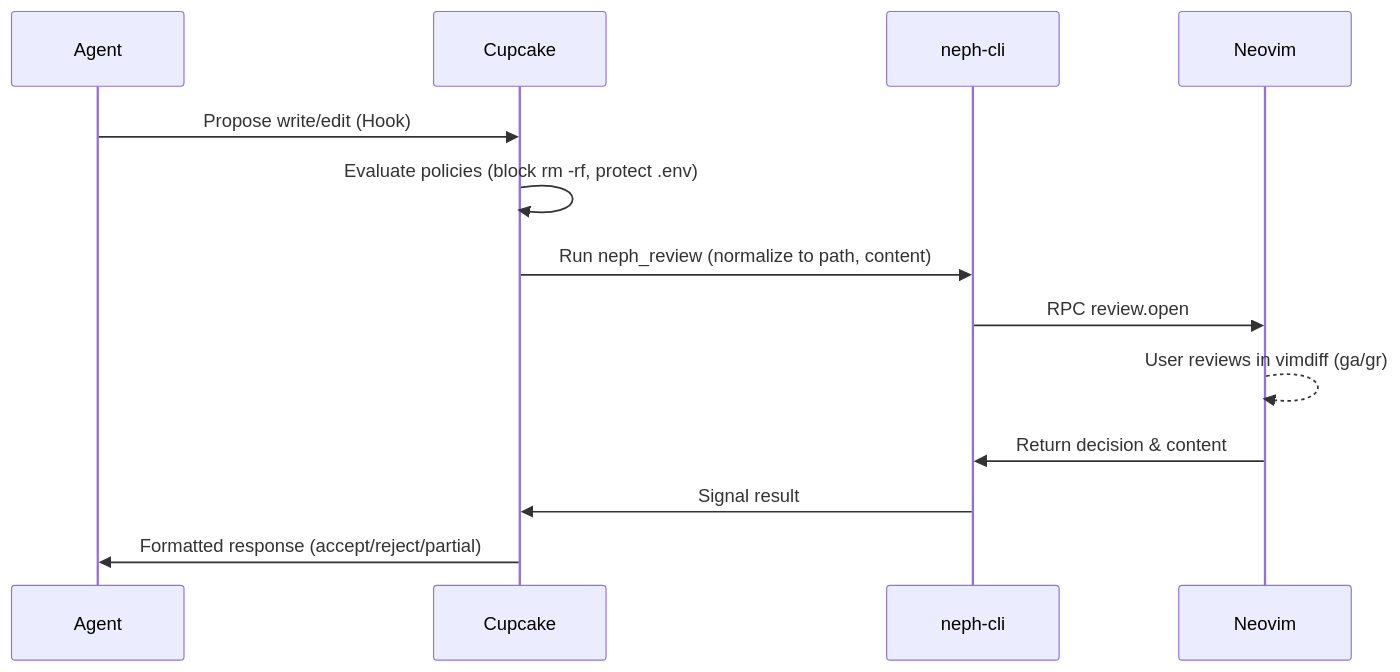
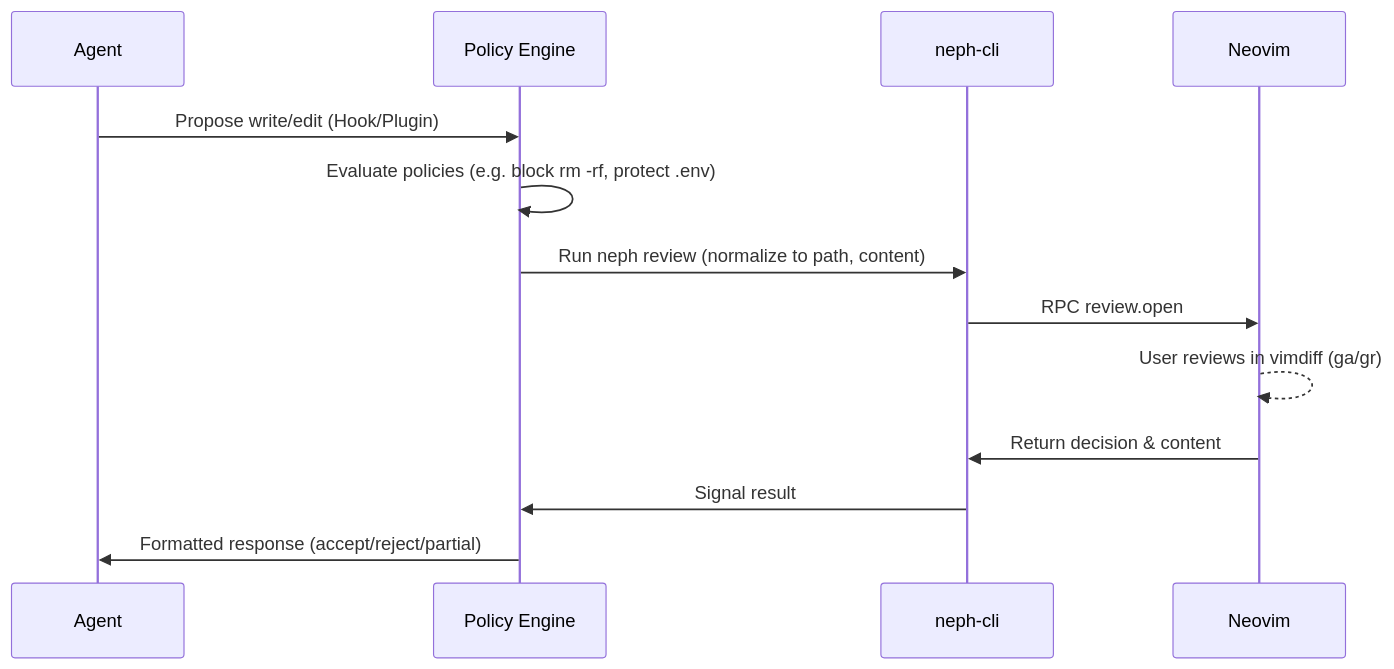
One commit to roshbhatia/neph.nvim changed the second of 2 diagrams in docs/docs.md. Above: the diagram before and after it, drawn with Mermaid. The commit also changed other lines of this file, not shown here.

First line of the commit message:
docs: Update architecture, components, and API endpoints

````diff
--- a/docs/docs.md
+++ b/docs/docs.md
@@ -26,16 +26,16 @@
 ```mermaid
 sequenceDiagram
     participant A as Agent
-    participant C as Cupcake
+    participant PE as Policy Engine
     participant NCLI as neph-cli
     participant NV as Neovim
 
-    A->>C: Propose write/edit (Hook)
-    C->>C: Evaluate policies (block rm -rf, protect .env)
-    C->>NCLI: Run neph_review (normalize to path, content)
+    A->>PE: Propose write/edit (Hook/Plugin)
+    PE->>PE: Evaluate policies (e.g. block rm -rf, protect .env)
+    PE->>NCLI: Run neph review (normalize to path, content)
     NCLI->>NV: RPC review.open
     NV-->>NV: User reviews in vimdiff (ga/gr)
     NV->>NCLI: Return decision & content
-    NCLI->>C: Signal result
-    C->>A: Formatted response (accept/reject/partial)
+    NCLI->>PE: Signal result
+    PE->>A: Formatted response (accept/reject/partial)
 ```
````
